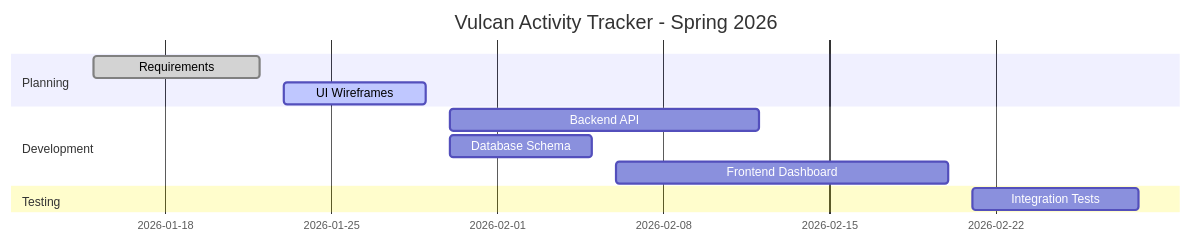
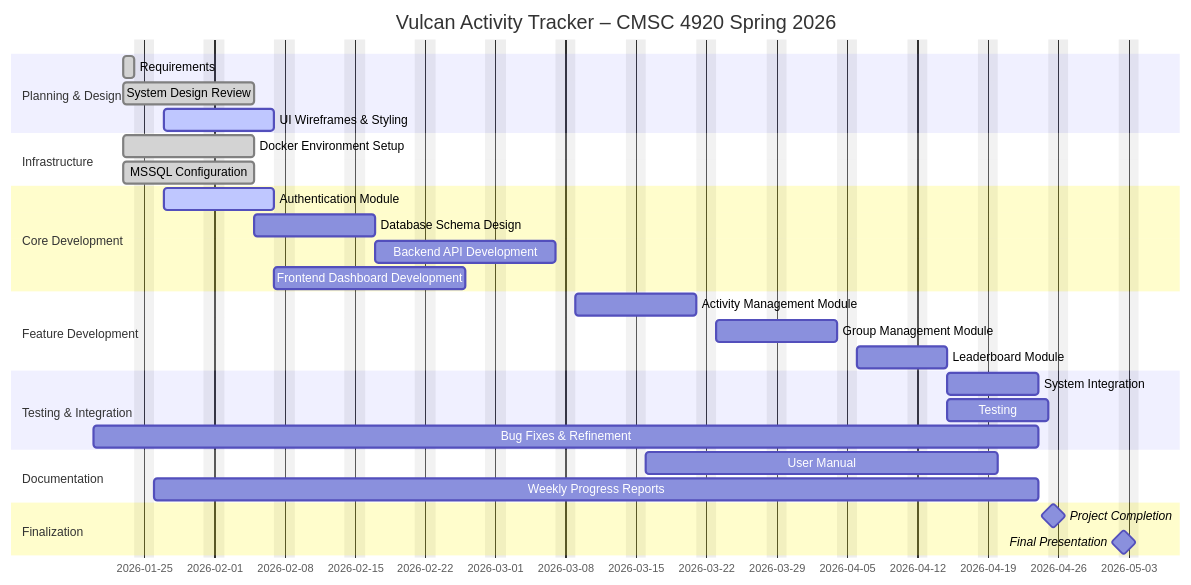
One commit to jjdeuce06/VulcanActivityTracker changed the diagram in docs/progress/gantt.md. Above: the diagram before and after it, drawn with Mermaid.

Commit message:
Updated Gantt Chart. Wait for chen confirmation to merge.

````diff
--- a/docs/progress/gantt.md
+++ b/docs/progress/gantt.md
@@ -1,17 +1,39 @@
 ```mermaid
 gantt
-  title Vulcan Activity Tracker - Spring 2026
-  dateFormat  YYYY-MM-DD
+  title Vulcan Activity Tracker – CMSC 4920 Spring 2026
+  dateFormat YYYY-MM-DD
+  excludes weekends
 
-  section Planning
-  Requirements       :done, 2026-01-15, 2026-01-22
-  UI Wireframes      :active, 2026-01-23, 2026-01-29
+  section Planning & Design
+  Requirements   :done, req, 2026-01-23, 2026-01-24
+  System Design Review   :done, des, 2026-01-23, 2026-02-05
+  UI Wireframes & Styling           :active, ui, 2026-01-27, 2026-02-07
 
-  section Development
-  Backend API        :2026-01-30, 2026-02-12
-  Database Schema    :2026-01-30, 2026-02-05
-  Frontend Dashboard :2026-02-06, 2026-02-20
+  section Infrastructure
+  Docker Environment Setup          :done, dock, 2026-01-23, 2026-02-05
+  MSSQL Configuration :done, dbconf, 2026-01-23, 2026-02-05
 
-  section Testing
-  Integration Tests  :2026-02-21, 2026-02-28
+  section Core Development
+  Authentication Module             :active, auth, 2026-01-27, 2026-02-07
+  Database Schema Design            :db, after dbconf, 8d
+  Backend API Development           :api, after db, 14d
+  Frontend Dashboard Development    :front, after ui, 14d
+
+  section Feature Development
+  Activity Management Module        :act, after api, 10d
+  Group Management Module           :group, after act, 10d
+  Leaderboard Module                :lead, after group, 7d
+
+  section Testing & Integration
+  System Integration                :int, after lead, 7d
+  Testing        :test, after lead, 2026-04-25
+  Bug Fixes & Refinement             :fix, 2026-01-20, 2026-04-24
+
+  section Documentation
+  User Manual                       :manual, 2026-03-16, 2026-04-20
+  Weekly Progress Reports           :reports, 2026-01-26, 2026-04-24
+
+  section Finalization
+  Project Completion                :milestone, complete, 2026-04-24, 1d
+  Final Presentation                :milestone, pres, 2026-05-01, 1d
 ```
````
